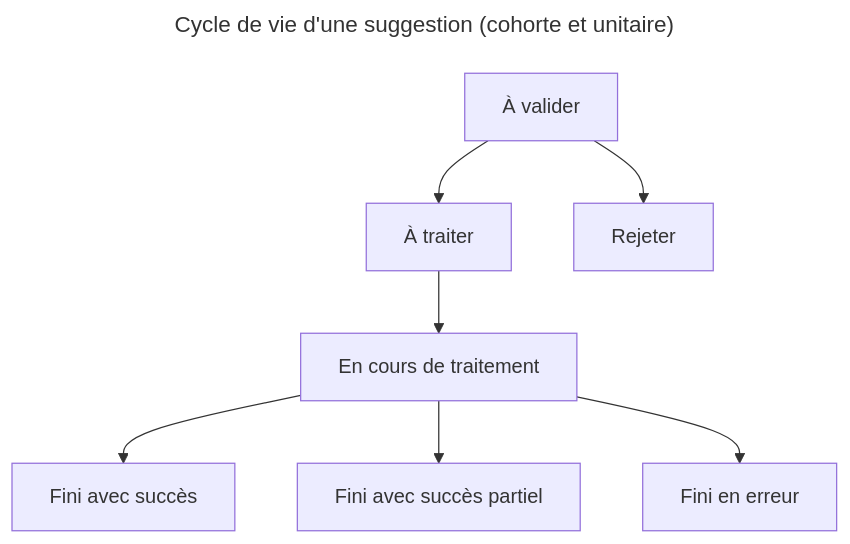
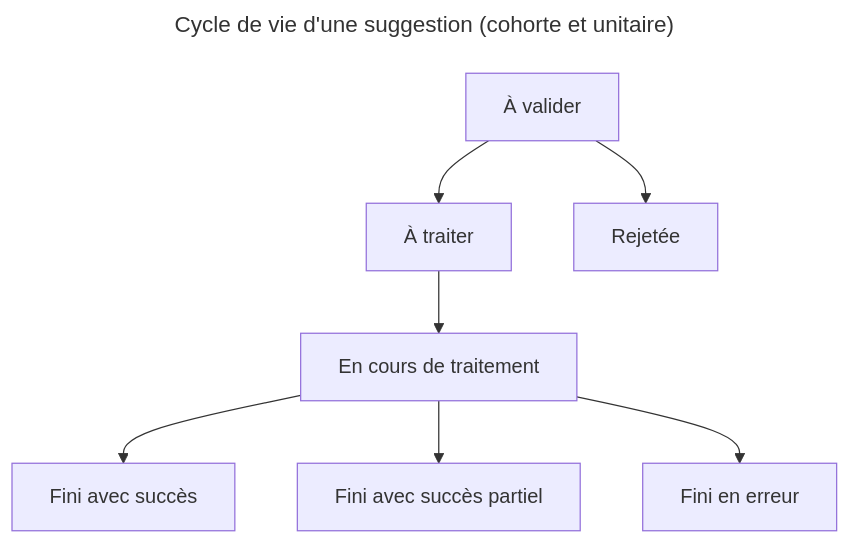
The diagram in docs/reference/303-systeme-de-suggestions.md (incubateur-ademe/quefairedemesobjets), drawn with Mermaid before and after one commit. The commit also changed 4 other files, not shown here.

Commit message:
REJETER -> REJETEE

````diff
--- a/docs/reference/303-systeme-de-suggestions.md
+++ b/docs/reference/303-systeme-de-suggestions.md
@@ -22,12 +22,12 @@
 ```mermaid
 ---
 title: Cycle de vie d'une suggestion (cohorte et unitaire)
 ---
 
 flowchart TB
 
     AVALIDER[À valider] --> ATRAITER[À traiter] --> ENCOURS[En cours de traitement] --> SUCCES[Fini avec succès]
-    AVALIDER[À valider] --> REJETER[Rejeter]
+    AVALIDER[À valider] --> REJETEE[Rejetée]
     ENCOURS --> PARTIEL[Fini avec succès partiel]
     ENCOURS --> ERREUR[Fini en erreur]
 ```
````
